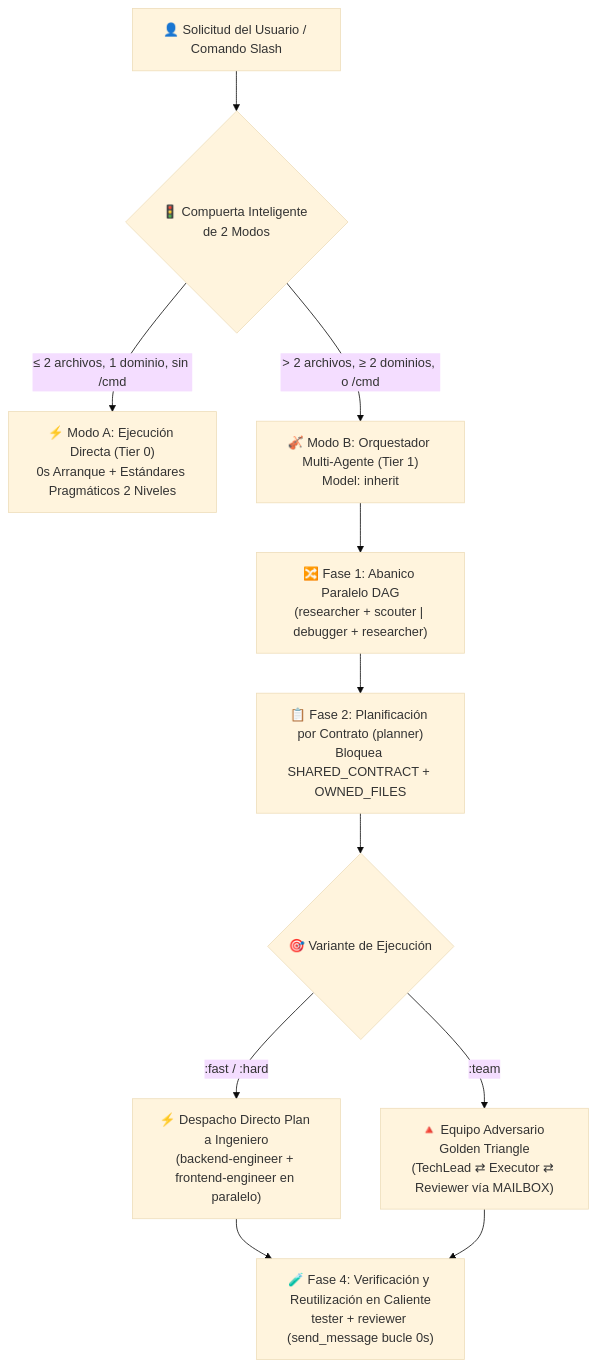
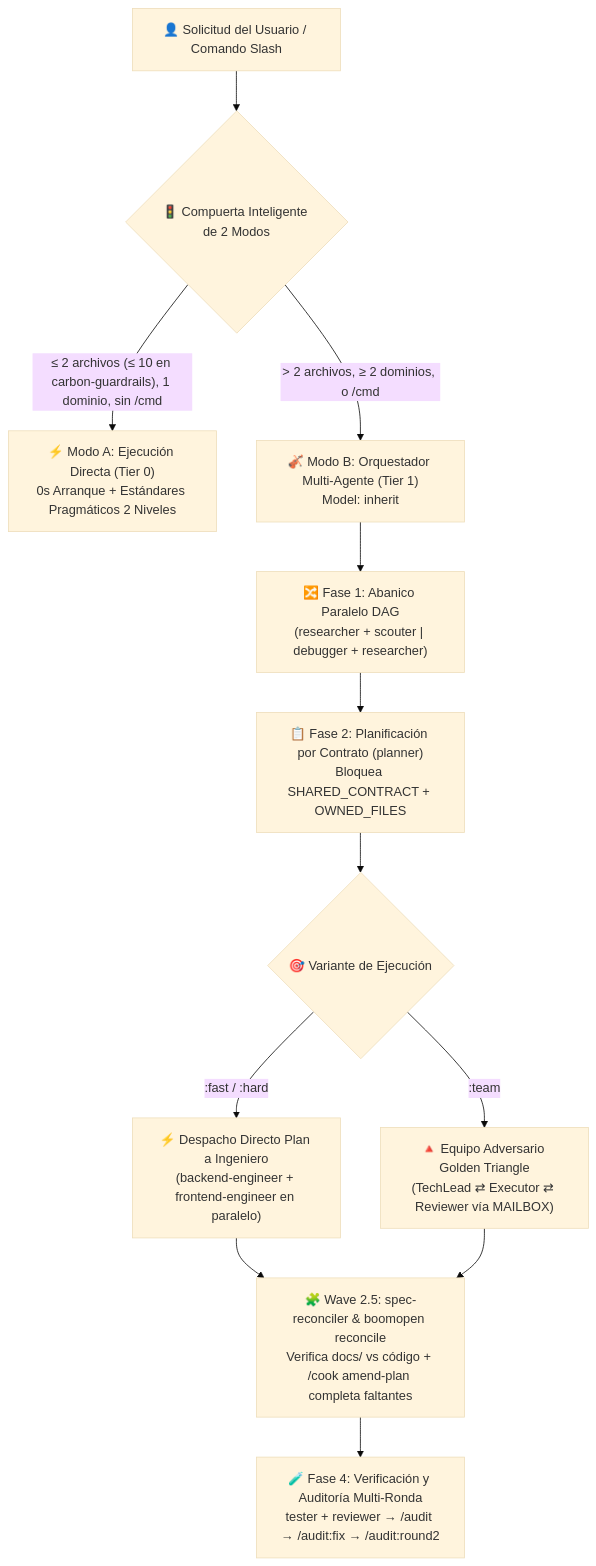
One commit to Kennyboom/BoomOpen-Workflow-Kit-Pro changed the diagram in i18n/README.es.md. Above: the diagram before and after it, drawn with Mermaid (base theme). The commit also changed other lines of this file and 17 other files, not shown here.

Commit message:
docs(i18n): sync all 17 READMEs with v5.5 reconcile, /audit, carbon-guardrails & overnight /goal prompt

````diff
--- a/i18n/README.es.md
+++ b/i18n/README.es.md
@@ -49,16 +49,17 @@
 ```mermaid
 flowchart TD
     User["👤 Solicitud del Usuario / Comando Slash"] --> Gate{"🚦 Compuerta Inteligente de 2 Modos"}
-    Gate -->|"≤ 2 archivos, 1 dominio, sin /cmd"| ModeA["⚡ Modo A: Ejecución Directa (Tier 0)<br/>0s Arranque + Estándares Pragmáticos 2 Niveles"]
+    Gate -->|"≤ 2 archivos (≤ 10 en carbon-guardrails), 1 dominio, sin /cmd"| ModeA["⚡ Modo A: Ejecución Directa (Tier 0)<br/>0s Arranque + Estándares Pragmáticos 2 Niveles"]
     Gate -->|"> 2 archivos, ≥ 2 dominios, o /cmd"| ModeB["🎻 Modo B: Orquestador Multi-Agente (Tier 1)<br/>Model: inherit"]
 
     ModeB --> FanOut["🔀 Fase 1: Abanico Paralelo DAG<br/>(researcher + scouter | debugger + researcher)"]
     FanOut --> Plan["📋 Fase 2: Planificación por Contrato (planner)<br/>Bloquea SHARED_CONTRACT + OWNED_FILES"]
     Plan --> Dispatch{"🎯 Variante de Ejecución"}
 
     Dispatch -->|":fast / :hard"| Direct["⚡ Despacho Directo Plan a Ingeniero<br/>(backend-engineer + frontend-engineer en paralelo)"]
     Dispatch -->|":team"| Triangle["🔺 Equipo Adversario Golden Triangle<br/>(TechLead ⇄ Executor ⇄ Reviewer vía MAILBOX)"]
 
-    Direct --> Verify["🧪 Fase 4: Verificación y Reutilización en Caliente<br/>tester + reviewer (send_message bucle 0s)"]
-    Triangle --> Verify
+    Direct --> Reconcile["🧩 Wave 2.5: spec-reconciler & boomopen reconcile<br/>Verifica docs/ vs código + /cook amend-plan completa faltantes"]
+    Triangle --> Reconcile
+    Reconcile --> Verify["🧪 Fase 4: Verificación y Auditoría Multi-Ronda<br/>tester + reviewer → /audit → /audit:fix → /audit:round2"]
 ```
````
